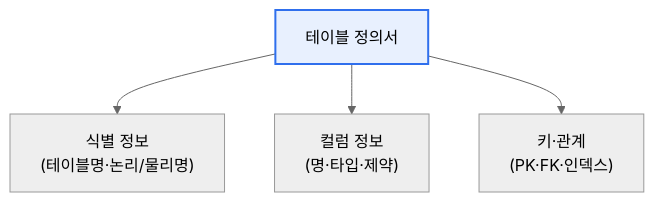
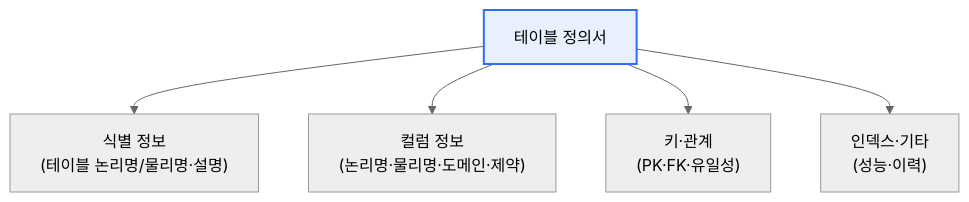
The first of 3 diagrams in content/db-standardization-guideline.md (coninggu/wjdqhrhksflrltnftk), drawn with Mermaid (neutral theme) before and after one commit. The commit also changed other lines of this file and 3 other files, not shown here.

First line of the commit message:
Deepen AOP(관점 지향 프로그래밍), 공공기관 DB 표준화지침 — 테이블 정의서 (auto)

````diff
--- a/content/db-standardization-guideline.md
+++ b/content/db-standardization-guideline.md
@@ -15,7 +21,8 @@
 ```mermaid
 flowchart TB
-  T[테이블 정의서] --> I["식별 정보<br/>(테이블명·논리/물리명)"]
-  T --> C["컬럼 정보<br/>(명·타입·제약)"]
-  T --> K["키·관계<br/>(PK·FK·인덱스)"]
+  T["테이블 정의서"] --> I["식별 정보<br/>(테이블 논리명/물리명·설명)"]
+  T --> C["컬럼 정보<br/>(논리명·물리명·도메인·제약)"]
+  T --> K["키·관계<br/>(PK·FK·유일성)"]
+  T --> X["인덱스·기타<br/>(성능·이력)"]
   style T fill:#e8f0fe,stroke:#2f6fed,stroke-width:2px
 ```
````
